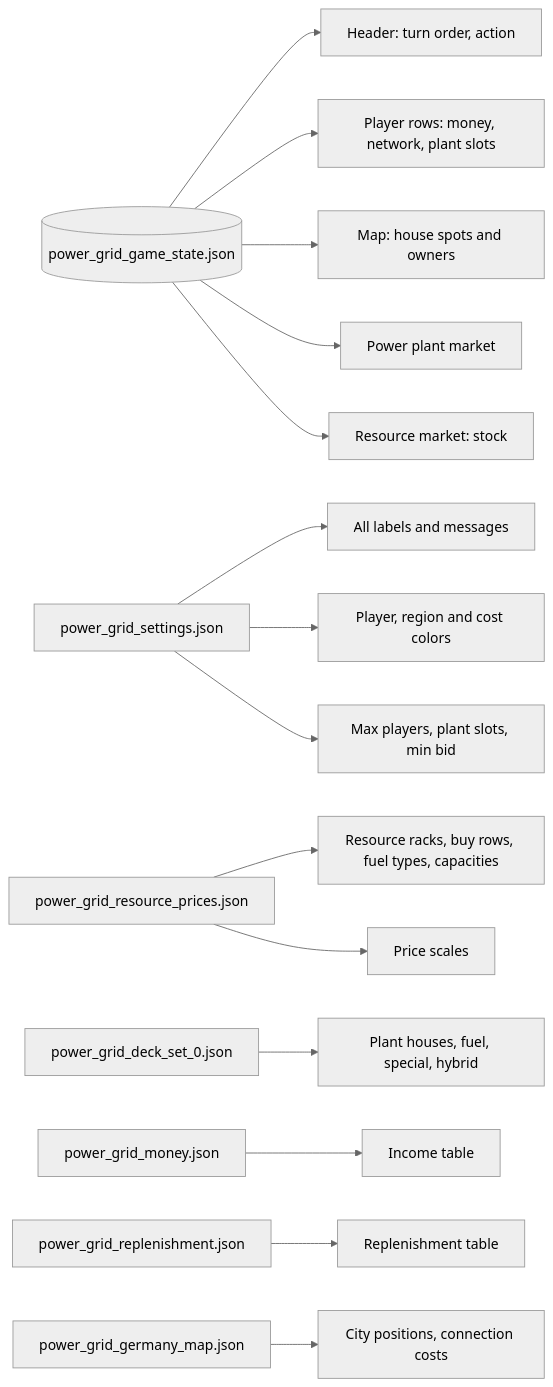
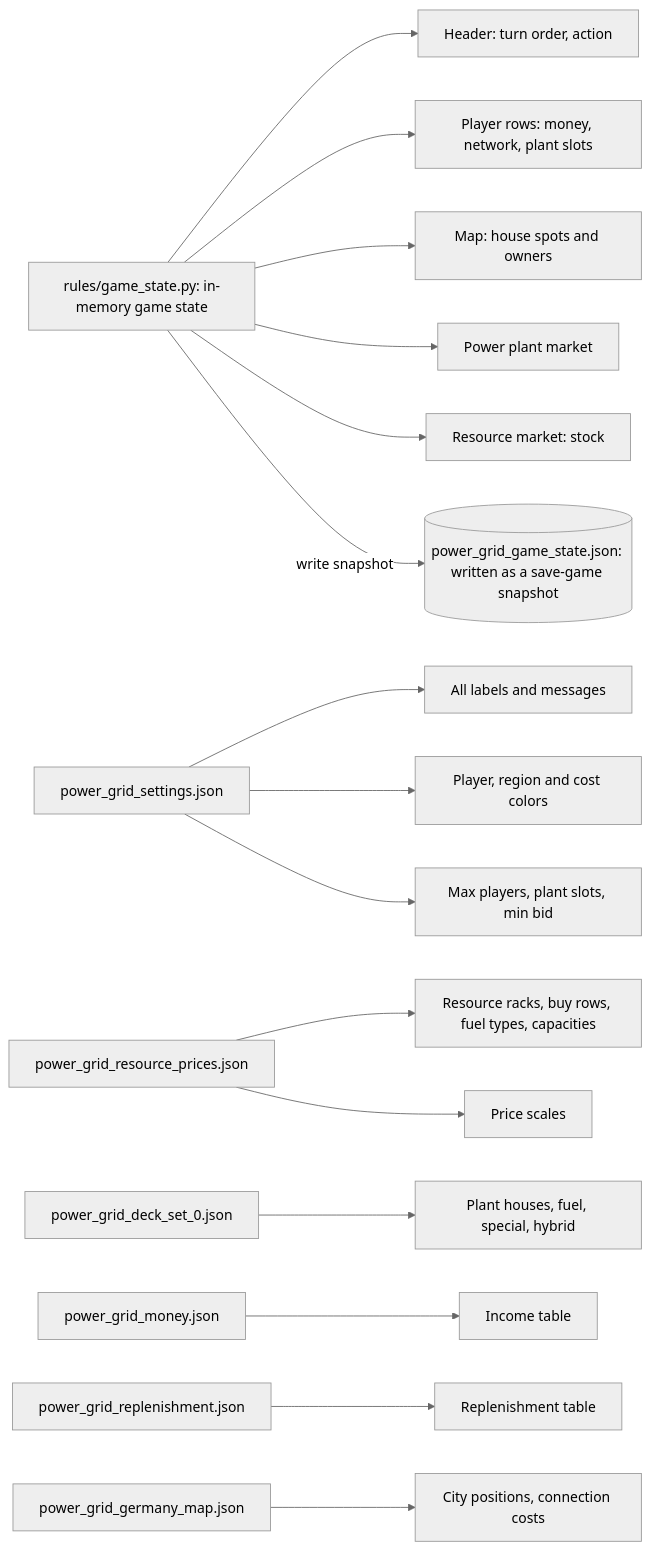
The diagram in docs/diagrams/05-json-sources.md (runnindrk/power-grid), drawn with Mermaid (neutral theme) before and after one commit. The commit also changed 17 other files, not shown here.

````diff
--- a/docs/diagrams/05-json-sources.md
+++ b/docs/diagrams/05-json-sources.md
@@ -5,28 +5,30 @@
 ```mermaid
 flowchart LR
-    State[("power_grid_game_state.json")]
+    State["rules/game_state.py: in-memory game state"]
+    Save[("power_grid_game_state.json: written as a save-game snapshot")]
     Settings["power_grid_settings.json"]
     Resources["power_grid_resource_prices.json"]
     Deck["power_grid_deck_set_0.json"]
     Money["power_grid_money.json"]
     Replen["power_grid_replenishment.json"]
     Map["power_grid_germany_map.json"]
 
     State --> Header["Header: turn order, action"]
     State --> Players["Player rows: money, network, plant slots"]
     State --> Houses["Map: house spots and owners"]
     State --> MarketCards["Power plant market"]
     State --> RMarket["Resource market: stock"]
 
     Settings --> Texts["All labels and messages"]
     Settings --> Colors["Player, region and cost colors"]
     Settings --> Limits["Max players, plant slots, min bid"]
 
     Resources --> Racks["Resource racks, buy rows, fuel types, capacities"]
     Resources --> Scales["Price scales"]
 
     Deck --> PlantInfo["Plant houses, fuel, special, hybrid"]
     Money --> Income["Income table"]
     Replen --> Rates["Replenishment table"]
     Map --> Geometry["City positions, connection costs"]
+    State -->|write snapshot| Save
 ```
````
